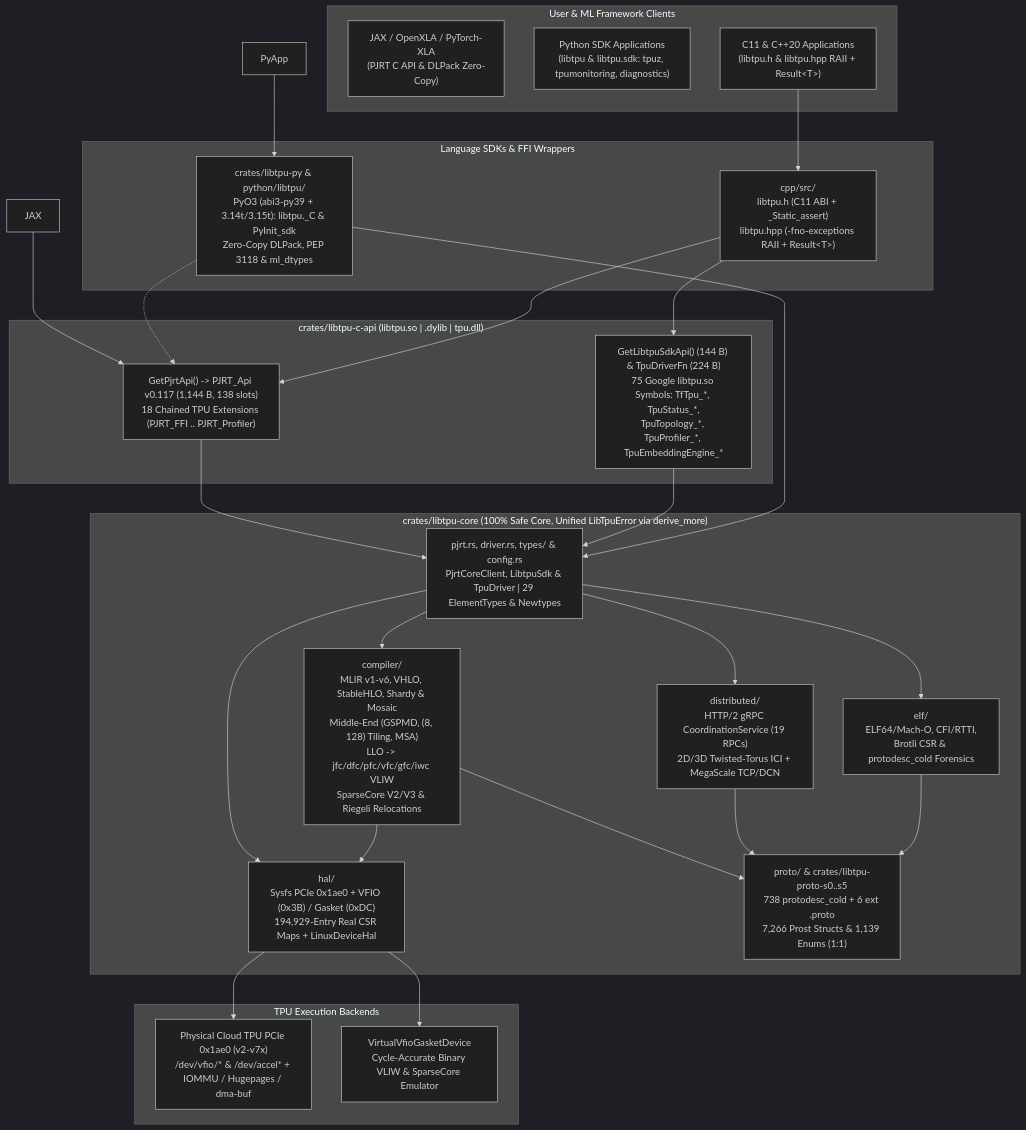
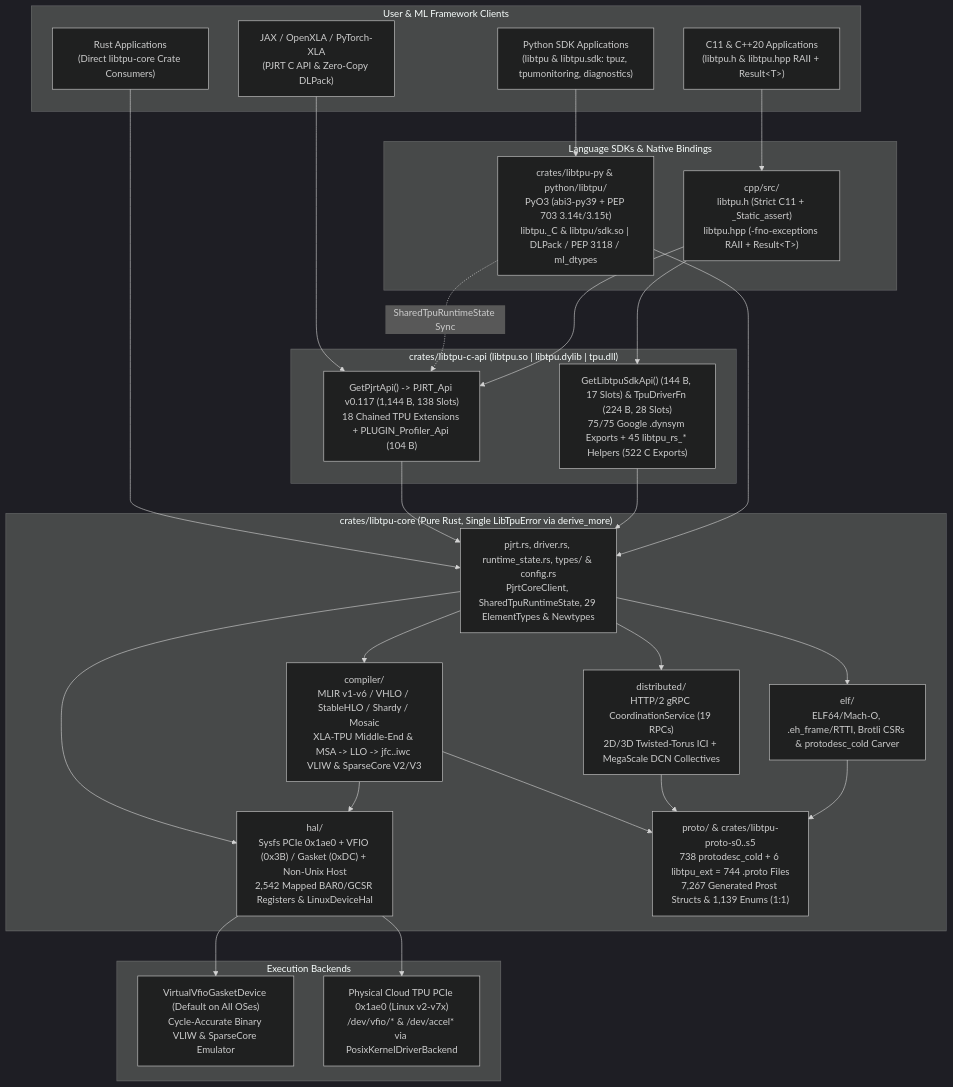
Before and after one commit to SamuelMarks/libtpu-rs: the diagram in README.md, drawn with Mermaid (dark theme). The commit also changed other lines of this file and 16 other files, not shown here.

````diff
--- a/README.md
+++ b/README.md
@@ -39,46 +94,48 @@
 ```mermaid
 flowchart TB
     subgraph Clients["User & ML Framework Clients"]
-        JaxPy["JAX / OpenXLA / PyTorch-XLA<br/>(PJRT C API & DLPack Zero-Copy)"]
+        JaxPy["JAX / OpenXLA / PyTorch-XLA<br/>(PJRT C API & Zero-Copy DLPack)"]
         PySdkApp["Python SDK Applications<br/>(libtpu & libtpu.sdk: tpuz, tpumonitoring, diagnostics)"]
         CppApp["C11 & C++20 Applications<br/>(libtpu.h & libtpu.hpp RAII + Result&lt;T&gt;)"]
+        RustApp["Rust Applications<br/>(Direct libtpu-core Crate Consumers)"]
     end
 
-    subgraph Bindings["Language SDKs & FFI Wrappers"]
-        PyBind["crates/libtpu-py & python/libtpu/<br/>PyO3 (abi3-py39 + 3.14t/3.15t): libtpu._C & PyInit_sdk<br/>Zero-Copy DLPack, PEP 3118 & ml_dtypes"]
-        CppBind["cpp/src/<br/>libtpu.h (C11 ABI + _Static_assert)<br/>libtpu.hpp (-fno-exceptions RAII + Result&lt;T&gt;)"]
+    subgraph Bindings["Language SDKs & Native Bindings"]
+        PyBind["crates/libtpu-py & python/libtpu/<br/>PyO3 (abi3-py39 + PEP 703 3.14t/3.15t)<br/>libtpu._C & libtpu/sdk.so | DLPack / PEP 3118 / ml_dtypes"]
+        CppBind["cpp/src/<br/>libtpu.h (Strict C11 + _Static_assert)<br/>libtpu.hpp (-fno-exceptions RAII + Result&lt;T&gt;)"]
     end
 
-    subgraph CApi["crates/libtpu-c-api (libtpu.so | .dylib | tpu.dll)"]
-        PjrtApi["GetPjrtApi() -> PJRT_Api v0.117 (1,144 B, 138 slots)<br/>18 Chained TPU Extensions (PJRT_FFI .. PJRT_Profiler)"]
-        LegacyApi["GetLibtpuSdkApi() (144 B) & TpuDriverFn (224 B)<br/>75 Google libtpu.so Symbols: TfTpu_*, TpuStatus_*,<br/>TpuTopology_*, TpuProfiler_*, TpuEmbeddingEngine_*"]
+    subgraph CApi["crates/libtpu-c-api (libtpu.so | libtpu.dylib | tpu.dll)"]
+        PjrtVtbl["GetPjrtApi() -> PJRT_Api v0.117 (1,144 B, 138 Slots)<br/>18 Chained TPU Extensions + PLUGIN_Profiler_Api (104 B)"]
+        LegacyVtbl["GetLibtpuSdkApi() (144 B, 17 Slots) & TpuDriverFn (224 B, 28 Slots)<br/>75/75 Google .dynsym Exports + 45 libtpu_rs_* Helpers (522 C Exports)"]
     end
 
-    subgraph Core["crates/libtpu-core (100% Safe Core, Unified LibTpuError via derive_more)"]
-        Engine["pjrt.rs, driver.rs, types/ & config.rs<br/>PjrtCoreClient, LibtpuSdk & TpuDriver | 29 ElementTypes & Newtypes"]
-        Compiler["compiler/<br/>MLIR v1-v6, VHLO, StableHLO, Shardy & Mosaic<br/>Middle-End (GSPMD, (8, 128) Tiling, MSA)<br/>LLO -> jfc/dfc/pfc/vfc/gfc/iwc VLIW<br/>SparseCore V2/V3 & Riegeli Relocations"]
-        Dist["distributed/<br/>HTTP/2 gRPC CoordinationService (19 RPCs)<br/>2D/3D Twisted-Torus ICI + MegaScale TCP/DCN"]
-        Elf["elf/<br/>ELF64/Mach-O, CFI/RTTI,<br/>Brotli CSR & protodesc_cold Forensics"]
-        Hal["hal/<br/>Sysfs PCIe 0x1ae0 + VFIO (0x3B) / Gasket (0xDC)<br/>194,929-Entry Real CSR Maps + LinuxDeviceHal"]
-        Proto["proto/ & crates/libtpu-proto-s0..s5<br/>738 protodesc_cold + 6 ext .proto<br/>7,266 Prost Structs & 1,139 Enums (1:1)"]
+    subgraph Core["crates/libtpu-core (Pure Rust, Single LibTpuError via derive_more)"]
+        Engine["pjrt.rs, driver.rs, runtime_state.rs, types/ & config.rs<br/>PjrtCoreClient, SharedTpuRuntimeState, 29 ElementTypes & Newtypes"]
+        Compiler["compiler/<br/>MLIR v1-v6 / VHLO / StableHLO / Shardy / Mosaic<br/>XLA-TPU Middle-End & MSA -> LLO -> jfc..iwc VLIW & SparseCore V2/V3"]
+        Dist["distributed/<br/>HTTP/2 gRPC CoordinationService (19 RPCs)<br/>2D/3D Twisted-Torus ICI + MegaScale DCN Collectives"]
+        Hal["hal/<br/>Sysfs PCIe 0x1ae0 + VFIO (0x3B) / Gasket (0xDC) + Non-Unix Host<br/>2,542 Mapped BAR0/GCSR Registers & LinuxDeviceHal"]
+        Elf["elf/<br/>ELF64/Mach-O, .eh_frame/RTTI, Brotli CSRs & protodesc_cold Carver"]
+        Proto["proto/ & crates/libtpu-proto-s0..s5<br/>738 protodesc_cold + 6 libtpu_ext = 744 .proto Files<br/>7,267 Generated Prost Structs & 1,139 Enums (1:1)"]
     end
 
-    subgraph Targets["TPU Execution Backends"]
-        HwTpu["Physical Cloud TPU PCIe 0x1ae0 (v2-v7x)<br/>/dev/vfio/* & /dev/accel* + IOMMU / Hugepages / dma-buf"]
-        VirtTpu["VirtualVfioGasketDevice<br/>Cycle-Accurate Binary VLIW & SparseCore Emulator"]
+    subgraph Targets["Execution Backends"]
+        VirtTpu["VirtualVfioGasketDevice (Default on All OSes)<br/>Cycle-Accurate Binary VLIW & SparseCore Emulator"]
+        HwTpu["Physical Cloud TPU PCIe 0x1ae0 (Linux v2-v7x)<br/>/dev/vfio/* & /dev/accel* via PosixKernelDriverBackend"]
     end
 
-    JAX --> PjrtApi
-    PyApp --> PyBind
+    JaxPy --> PjrtVtbl
+    PySdkApp --> PyBind
     CppApp --> CppBind
-    PyBind -.-> PjrtApi
-    CppBind --> PjrtApi & LegacyApi
+    RustApp --> Engine
+    PyBind -.->|"SharedTpuRuntimeState Sync"| PjrtVtbl
+    CppBind --> PjrtVtbl & LegacyVtbl
 
-    PjrtApi & LegacyApi --> Engine
+    PjrtVtbl & LegacyVtbl --> Engine
     PyBind --> Engine
 
     Engine --> Compiler & Dist & Hal & Elf
     Compiler & Dist & Elf --> Proto
     Compiler --> Hal
-    Hal --> HwTpu & VirtTpu
+    Hal --> VirtTpu & HwTpu
 ```
````
